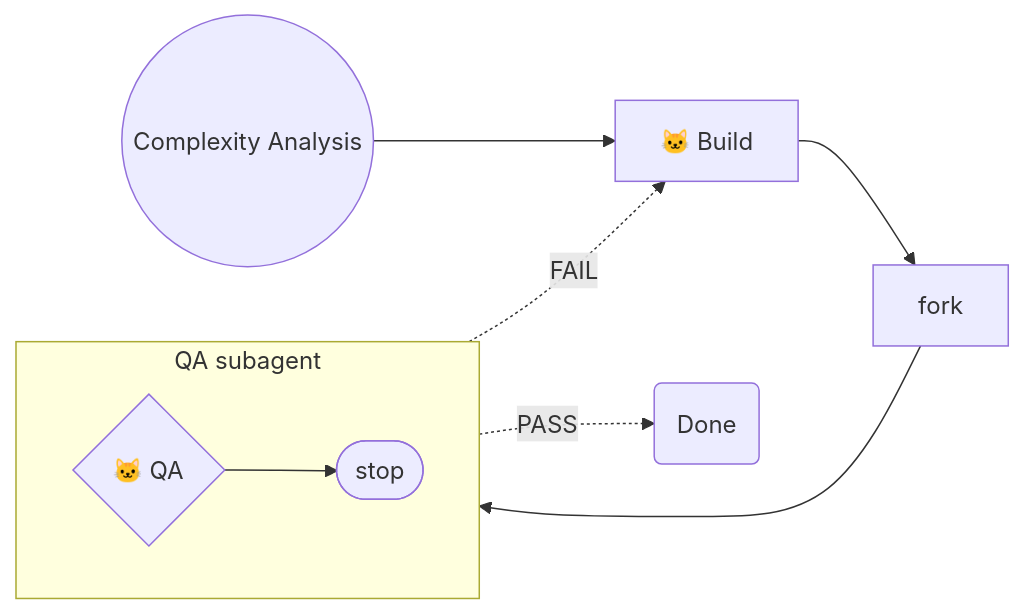
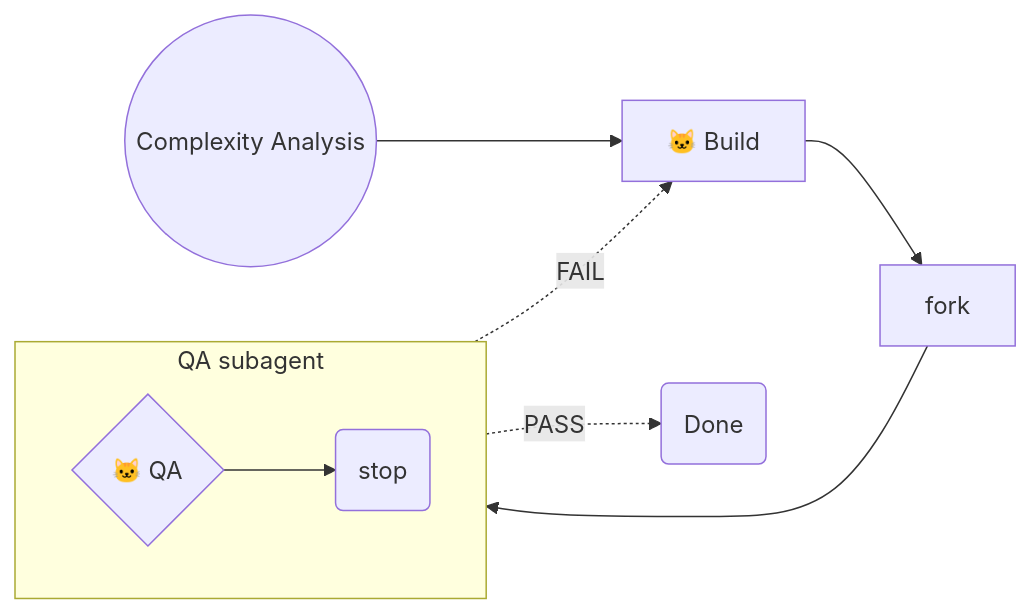
One commit to Texarkanine/.cursor-rules changed the third of 11 diagrams in memory-bank/active/creative/creative-l1-verification-diagram.md. Above: the diagram before and after it, drawn with Mermaid. The commit also changed other lines of this file and 1 other file, not shown here.

````diff
--- a/memory-bank/active/creative/creative-l1-verification-diagram.md
+++ b/memory-bank/active/creative/creative-l1-verification-diagram.md
@@ -87,12 +87,12 @@
 ```mermaid
 graph LR
     Start(("Complexity Analysis")) --> NikoBuild["🐱 Build"]
     NikoBuild --> Fork["fork"]
     subgraph SA["QA subagent"]
         direction LR
-        QA{"🐱 QA"} --> Halt(["stop"])
+        QA{"🐱 QA"} --> Halt("stop")
     end
     Fork --> QA
     Halt -.->|"PASS"| Done("Done")
     Halt -.->|"FAIL"| NikoBuild
 ```
````
